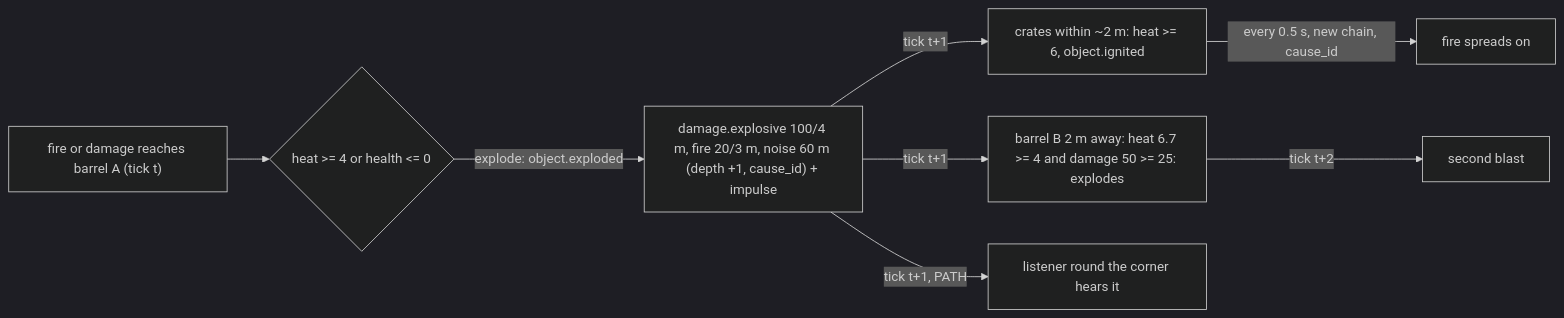
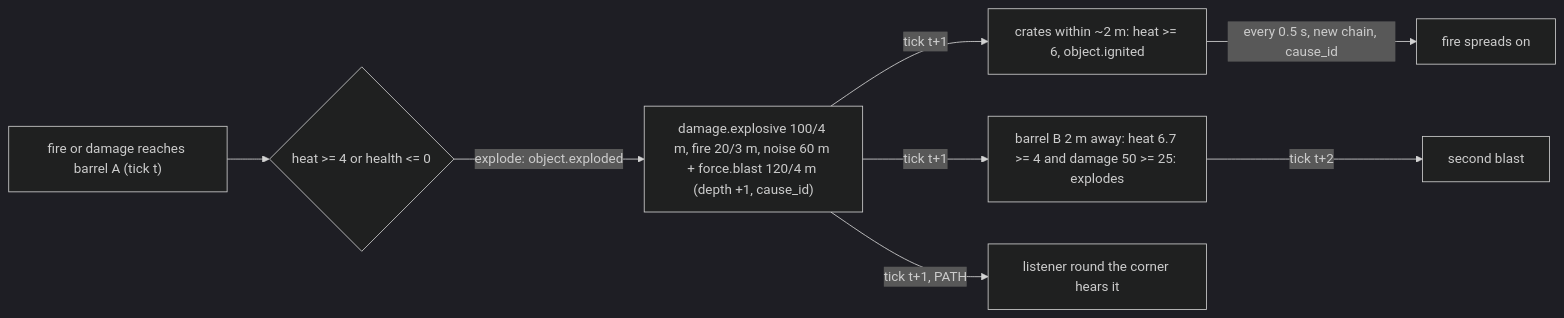
One commit to matts2cant/im-sim-proto changed the second of 2 diagrams in design/game/objects-and-fire.md. Above: the diagram before and after it, drawn with Mermaid (dark theme). The commit also changed other lines of this file and 53 other files, not shown here.

````diff
--- a/design/game/objects-and-fire.md
+++ b/design/game/objects-and-fire.md
@@ -81,10 +82,10 @@
 ```mermaid
 flowchart LR
     S["fire or damage reaches barrel A (tick t)"] --> A{"heat >= 4 or health <= 0"}
-    A -->|"explode: object.exploded"| E["damage.explosive 100/4 m, fire 20/3 m, noise 60 m (depth +1, cause_id) + impulse"]
+    A -->|"explode: object.exploded"| E["damage.explosive 100/4 m, fire 20/3 m, noise 60 m + force.blast 120/4 m (depth +1, cause_id)"]
     E -->|"tick t+1"| C["crates within ~2 m: heat >= 6, object.ignited"]
     E -->|"tick t+1"| B["barrel B 2 m away: heat 6.7 >= 4 and damage 50 >= 25: explodes"]
     E -->|"tick t+1, PATH"| L["listener round the corner hears it"]
     B -->|"tick t+2"| E2["second blast"]
     C -->|"every 0.5 s, new chain, cause_id"| F["fire spreads on"]
 ```
````
